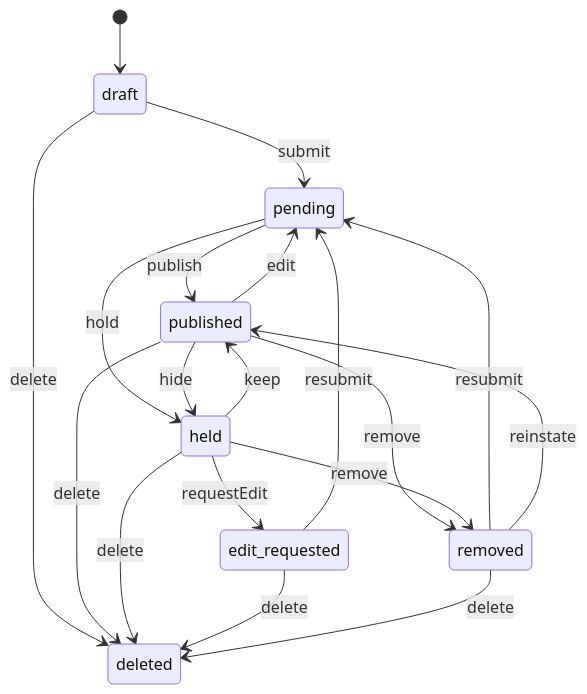
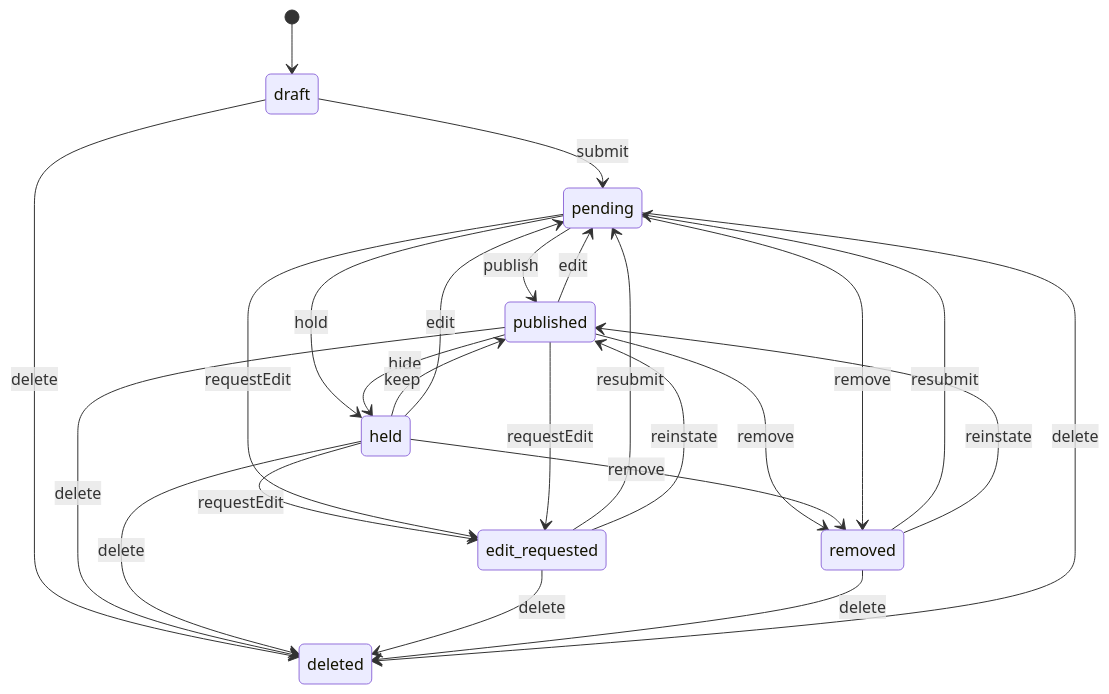
Before and after one commit to Virus-777/ecommerce: the first of 7 diagrams in backend/src/modules/reviews/README.md, drawn with Mermaid. The commit also changed other lines of this file and 66 other files, not shown here.

````diff
--- a/backend/src/modules/reviews/README.md
+++ b/backend/src/modules/reviews/README.md
@@ -595,21 +611,27 @@
 ```mermaid
 stateDiagram-v2
   [*] --> draft
   draft --> pending: submit
   pending --> published: publish
   pending --> held: hold
   published --> held: hide
   published --> removed: remove
   held --> published: keep
   held --> removed: remove
   held --> edit_requested: requestEdit
   published --> pending: edit
   edit_requested --> pending: resubmit
   removed --> pending: resubmit
   removed --> published: reinstate
   draft --> deleted: delete
   published --> deleted: delete
   held --> deleted: delete
   edit_requested --> deleted: delete
   removed --> deleted: delete
+  pending --> removed: remove
+  pending --> edit_requested: requestEdit
+  published --> edit_requested: requestEdit
+  held --> pending: edit
+  edit_requested --> published: reinstate
+  pending --> deleted: delete
 ```
````
